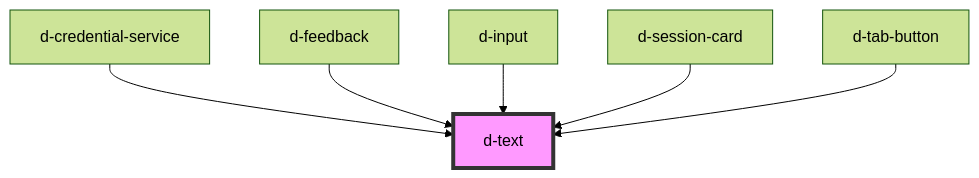
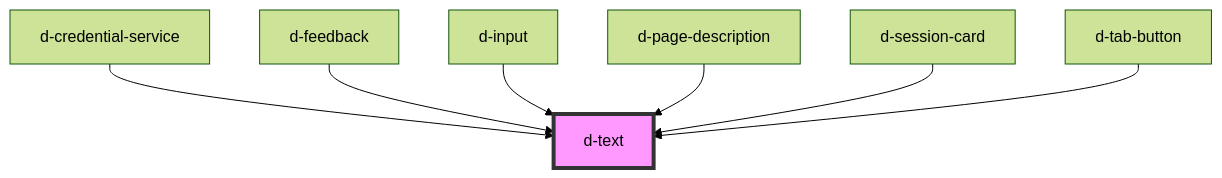
One commit to ForkbombEu/didroom-components changed the diagram in src/components/text/readme.md. Above: the diagram before and after it, drawn with Mermaid (forest theme). The commit also changed other lines of this file and 8 other files, not shown here.

Commit message:
feat: add page description component (title and subtitle)

````diff
--- a/src/components/text/readme.md
+++ b/src/components/text/readme.md
@@ -27,9 +28,10 @@
 ```mermaid
 graph TD;
   d-credential-service --> d-text
   d-feedback --> d-text
   d-input --> d-text
+  d-page-description --> d-text
   d-session-card --> d-text
   d-tab-button --> d-text
   style d-text fill:#f9f,stroke:#333,stroke-width:4px
 ```
````
